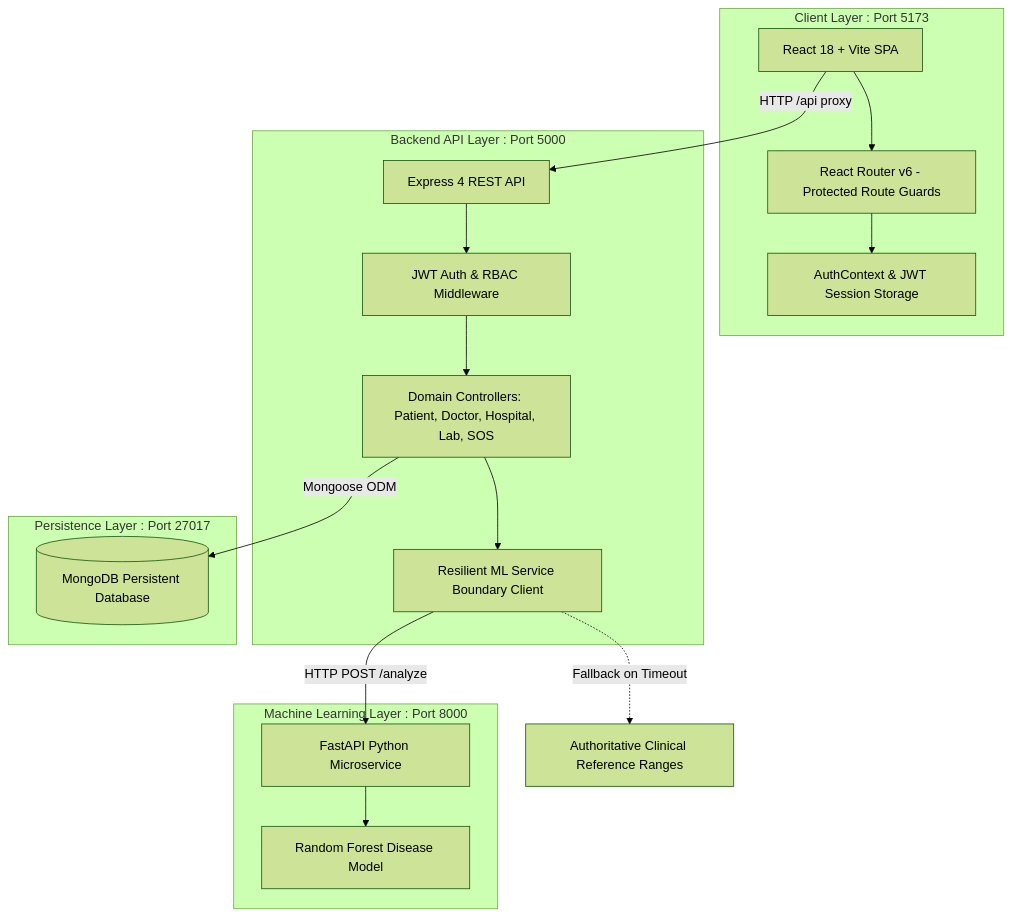
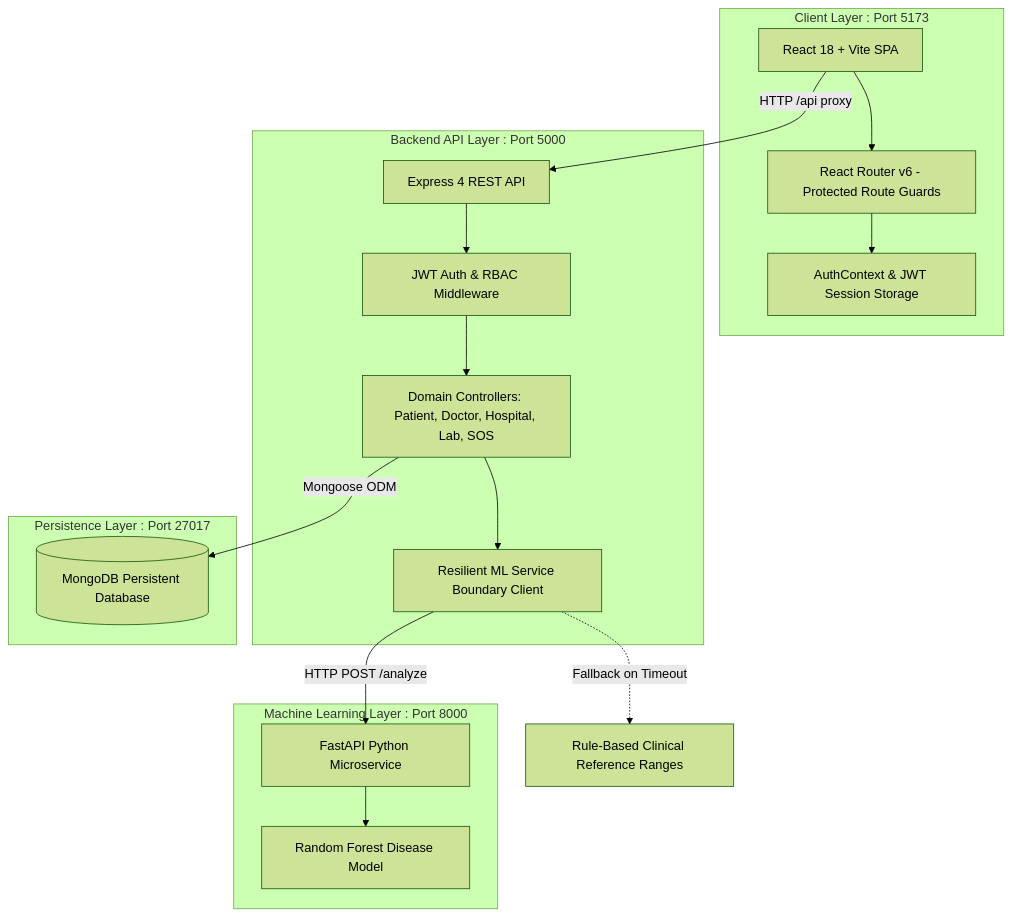
Before and after one commit to Mayurkhalse/Medx-Final: the diagram in README.md, drawn with Mermaid (forest theme). The commit also changed other lines of this file, not shown here.

````diff
--- a/README.md
+++ b/README.md
@@ -47,35 +47,35 @@
 ```mermaid
 graph TD
     subgraph Frontend [Client Layer : Port 5173]
         SPA[React 18 + Vite SPA]
         Router[React Router v6 - Protected Route Guards]
         AuthCtx[AuthContext & JWT Session Storage]
         SPA --> Router
         Router --> AuthCtx
     end
 
     subgraph Backend [Backend API Layer : Port 5000]
         Express[Express 4 REST API]
         AuthMW[JWT Auth & RBAC Middleware]
         Controllers[Domain Controllers: Patient, Doctor, Hospital, Lab, SOS]
         MLClient[Resilient ML Service Boundary Client]
         Express --> AuthMW
         AuthMW --> Controllers
         Controllers --> MLClient
     end
 
     subgraph MLService [Machine Learning Layer : Port 8000]
         FastAPI[FastAPI Python Microservice]
         RFModel[Random Forest Disease Model]
         FastAPI --> RFModel
     end
 
     subgraph Database [Persistence Layer : Port 27017]
         MongoDB[(MongoDB Persistent Database)]
     end
 
     SPA -- HTTP /api proxy --> Express
     Controllers -- Mongoose ODM --> MongoDB
     MLClient -- HTTP POST /analyze --> FastAPI
-    MLClient -. Fallback on Timeout .-> RefRanges[Authoritative Clinical Reference Ranges]
+    MLClient -. Fallback on Timeout .-> RefRanges[Rule-Based Clinical Reference Ranges]
 ```
````
